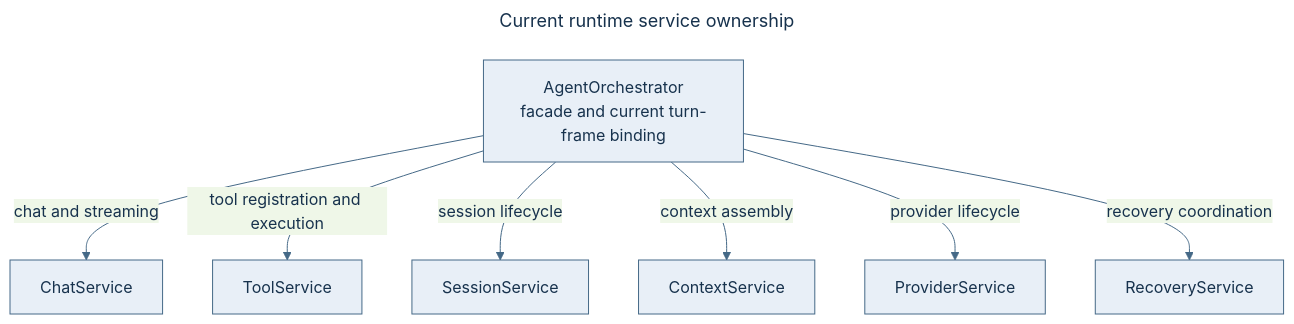
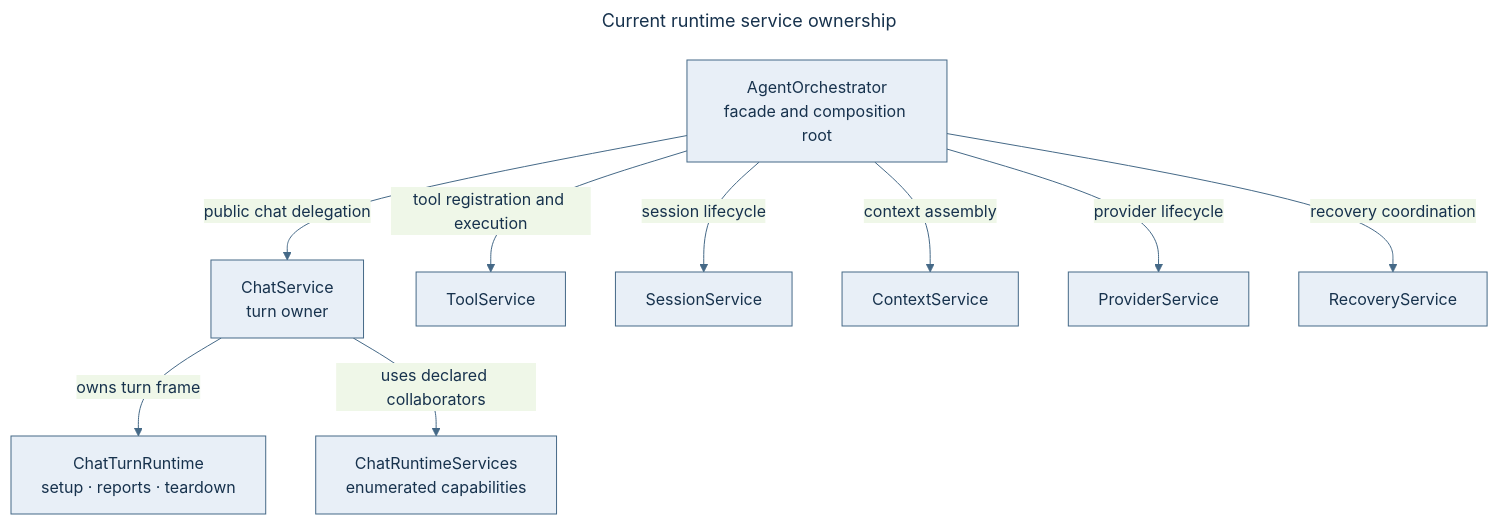
One commit to anvai-labs/victor changed the second of 12 diagrams in docs/architecture.md. Above: the diagram before and after it, drawn with Mermaid. The commit also changed other lines of this file and 20 other files, not shown here.

Commit message:
refactor(agent): move chat turn frame into service

````diff
--- a/docs/architecture.md
+++ b/docs/architecture.md
@@ -132,20 +132,24 @@
 ```mermaid
 ---
 title: Current runtime service ownership
 ---
 %%{init: {"theme":"base","themeVariables":{"primaryColor":"#E8EFF7","primaryTextColor":"#17324D","primaryBorderColor":"#456987","lineColor":"#456987","fontFamily":"Arial"}}}%%
 flowchart TB
-  O["AgentOrchestrator<br/>facade and current turn-frame binding"]
-  C["ChatService"]
+  O["AgentOrchestrator<br/>facade and composition root"]
+  C["ChatService<br/>turn owner"]
+  F["ChatTurnRuntime<br/>setup · reports · teardown"]
+  V["ChatRuntimeServices<br/>enumerated capabilities"]
   T["ToolService"]
   S["SessionService"]
   X["ContextService"]
   P["ProviderService"]
   R["RecoveryService"]
-  O -->|"chat and streaming"| C
+  O -->|"public chat delegation"| C
+  C -->|"owns turn frame"| F
+  C -->|"uses declared collaborators"| V
   O -->|"tool registration and execution"| T
   O -->|"session lifecycle"| S
   O -->|"context assembly"| X
   O -->|"provider lifecycle"| P
   O -->|"recovery coordination"| R
 ```
````
